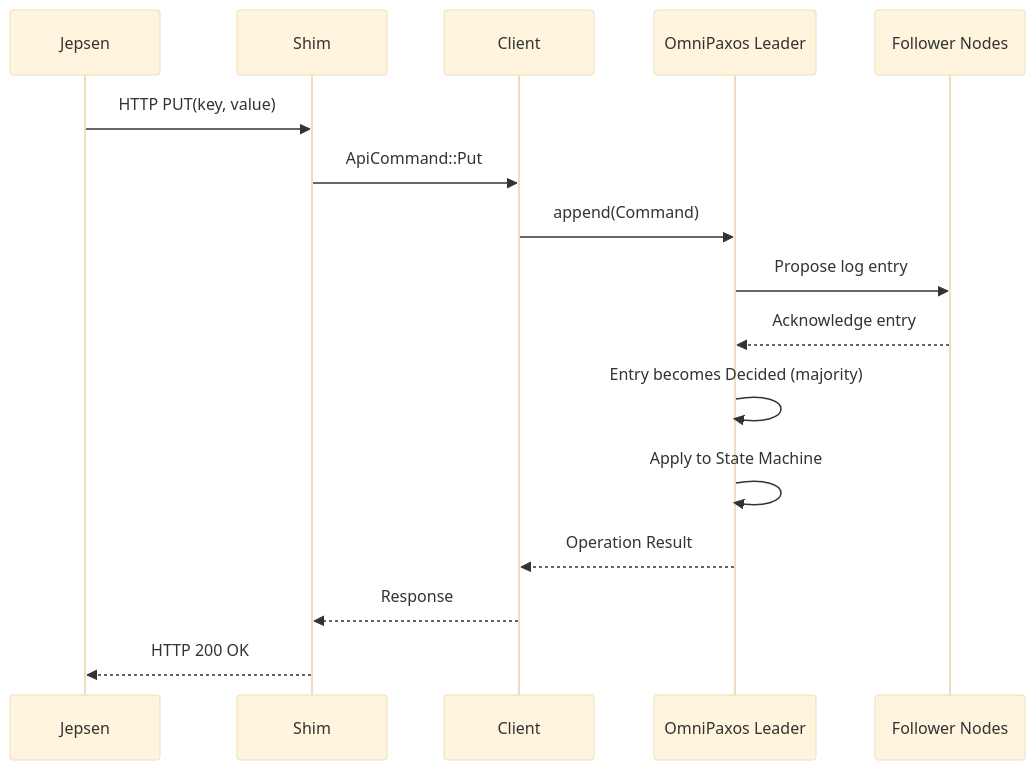
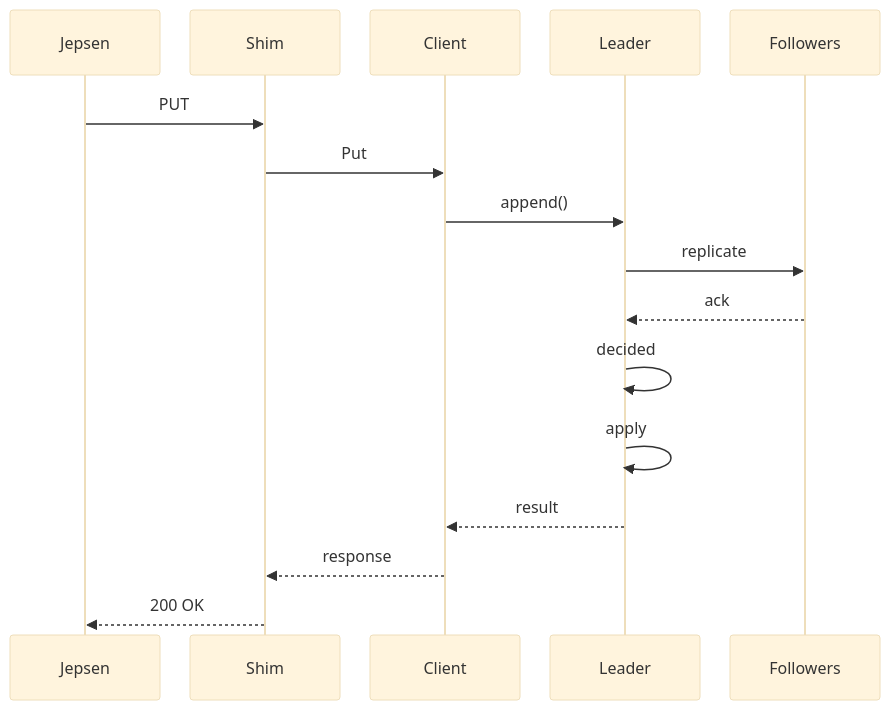
One commit to tattack99/ID2203-project changed the second of 2 diagrams in Report/report.md. Above: the diagram before and after it, drawn with Mermaid (base theme). The commit also changed other lines of this file and 1 other file, not shown here.

````diff
--- a/Report/report.md
+++ b/Report/report.md
@@ -87,22 +90,29 @@
 ```mermaid
+%%{init: {'sequence': {
+  'diagramMarginX': 20,
+  'diagramMarginY': 20,
+  'actorMargin': 30,
+  'messageMargin': 8,
+  'boxMargin': 5
+}}}%%
 sequenceDiagram
     participant J as Jepsen
     participant S as Shim
     participant C as Client
-    participant O as OmniPaxos Leader
-    participant P as Follower Nodes
+    participant O as Leader
+    participant P as Followers
 
-    J->>S: HTTP PUT(key, value)
-    S->>C: ApiCommand::Put
-    C->>O: append(Command)
+    J->>S: PUT
+    S->>C: Put
+    C->>O: append()
 
-    O->>P: Propose log entry
-    P-->>O: Acknowledge entry
+    O->>P: replicate
+    P-->>O: ack
 
-    O->>O: Entry becomes Decided (majority)
-    O->>O: Apply to State Machine
+    O->>O: decided
+    O->>O: apply
 
-    O-->>C: Operation Result
-    C-->>S: Response
-    S-->>J: HTTP 200 OK
+    O-->>C: result
+    C-->>S: response
+    S-->>J: 200 OK
 ```
````
